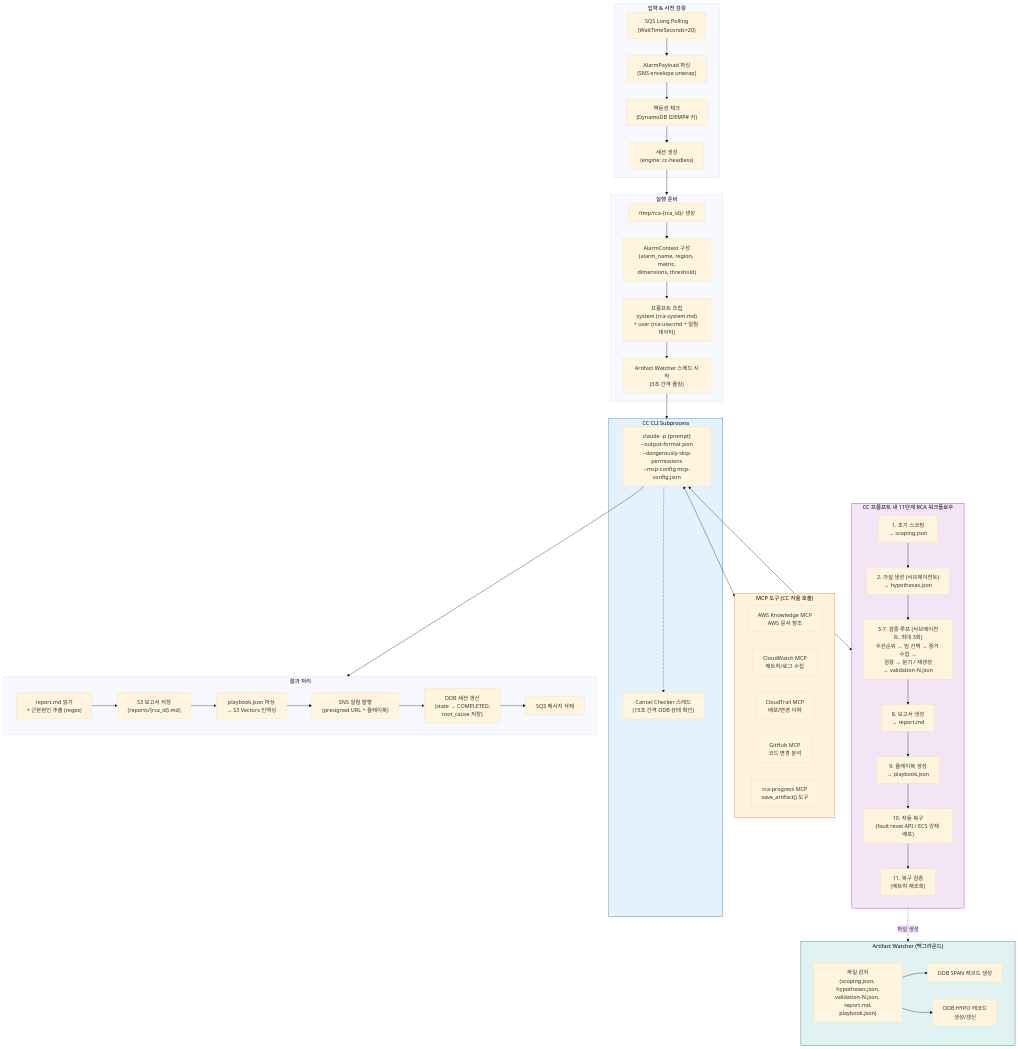
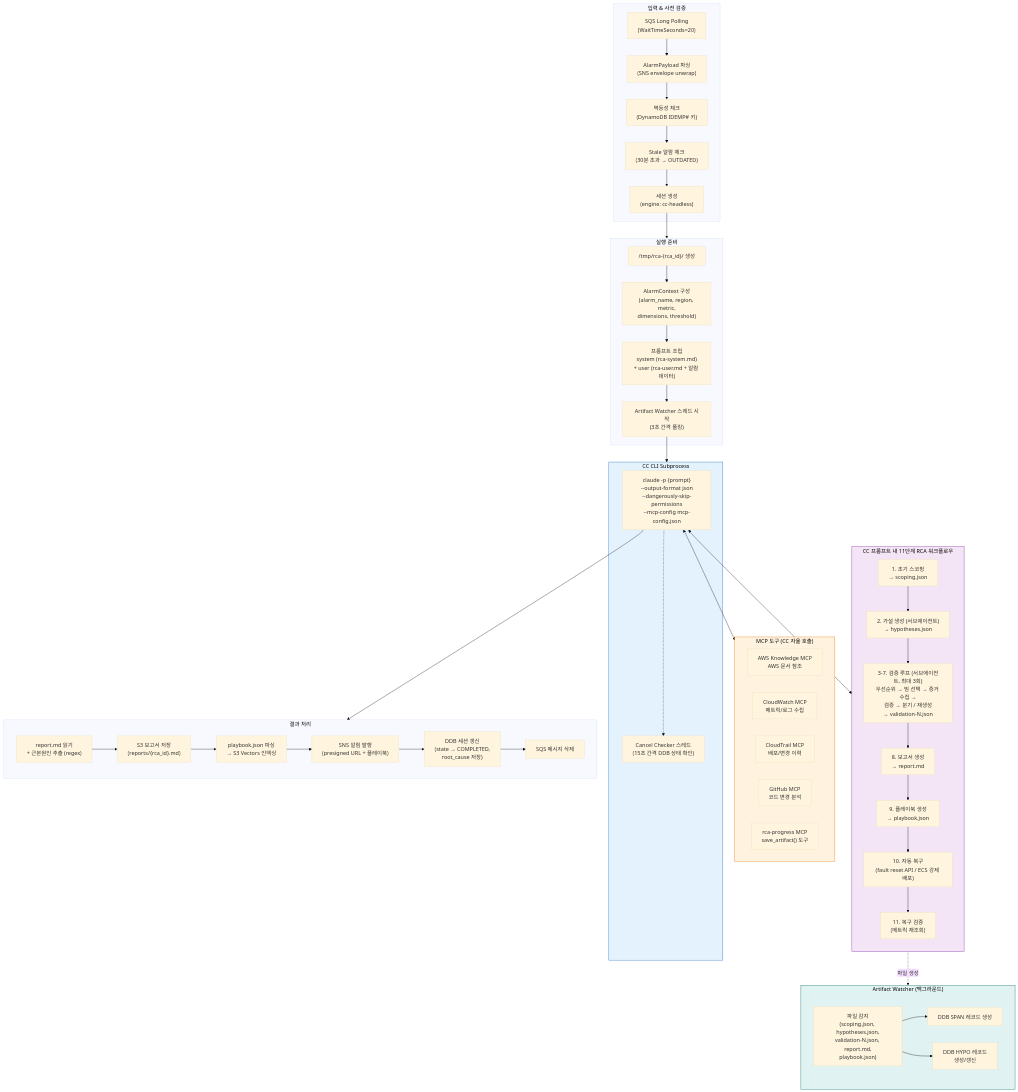
The fourth of 7 diagrams in docs/architecture-and-demo-flow.md (haandol/rca-agent), drawn with Mermaid (base theme) before and after one commit. The commit also changed other lines of this file and 3 other files, not shown here.

````diff
--- a/docs/architecture-and-demo-flow.md
+++ b/docs/architecture-and-demo-flow.md
@@ -268,74 +269,75 @@
 ```mermaid
 flowchart TD
     subgraph Input["입력 & 사전 검증"]
         SQS["SQS Long Polling<br/>(WaitTimeSeconds=20)"]
         PARSE["AlarmPayload 파싱<br/>(SNS envelope unwrap)"]
         DEDUP["멱등성 체크<br/>(DynamoDB IDEMP# 키)"]
+        STALE["Stale 알람 체크<br/>(30분 초과 → OUTDATED)"]
         SESSION["세션 생성<br/>(engine: cc-headless)"]
-        SQS --> PARSE --> DEDUP --> SESSION
+        SQS --> PARSE --> DEDUP --> STALE --> SESSION
     end
 
     subgraph Prepare["실행 준비"]
         ARTIFACT_DIR["/tmp/rca-{rca_id}/ 생성"]
         ALARM_PARSE["AlarmContext 구성<br/>(alarm_name, region, metric,<br/>dimensions, threshold)"]
         PROMPT["프롬프트 조립<br/>system (rca-system.md)<br/>+ user (rca-user.md + 알람 데이터)"]
         WATCHER["Artifact Watcher 스레드 시작<br/>(3초 간격 폴링)"]
         ARTIFACT_DIR --> ALARM_PARSE --> PROMPT --> WATCHER
     end
 
     subgraph CCExec["CC CLI Subprocess"]
         CC_CMD["claude -p {prompt}<br/>--output-format json<br/>--dangerously-skip-permissions<br/>--mcp-config mcp-config.json"]
         CC_CANCEL["Cancel Checker 스레드<br/>(15초 간격 DDB 상태 확인)"]
         CC_CMD -.-> CC_CANCEL
     end
 
     subgraph MCPTools["MCP 도구 (CC 자율 호출)"]
         AK["AWS Knowledge MCP<br/>AWS 문서 참조"]
         CW["CloudWatch MCP<br/>메트릭/로그 수집"]
         CT["CloudTrail MCP<br/>배포/변경 이력"]
         GH["GitHub MCP<br/>코드 변경 분석"]
         PROGRESS["rca-progress MCP<br/>save_artifact() 도구"]
     end
 
     subgraph RCA["CC 프롬프트 내 11단계 RCA 워크플로우"]
         direction TB
         STEP1["1. 초기 스코핑<br/>→ scoping.json"]
         STEP2["2. 가설 생성 (서브에이전트)<br/>→ hypotheses.json"]
         STEP3["3-7. 검증 루프 (서브에이전트, 최대 3회)<br/>우선순위 → 빔 선택 → 증거 수집 →<br/>검증 → 분기 / 재생성<br/>→ validation-N.json"]
         STEP4["8. 보고서 생성<br/>→ report.md"]
         STEP5["9. 플레이북 생성<br/>→ playbook.json"]
         STEP6["10. 자동 복구<br/>(fault reset API / ECS 강제 배포)"]
         STEP7["11. 복구 검증<br/>(메트릭 재조회)"]
         STEP1 --> STEP2 --> STEP3 --> STEP4 --> STEP5 --> STEP6 --> STEP7
     end
 
     subgraph WatcherDetail["Artifact Watcher (백그라운드)"]
         W_DETECT["파일 감지<br/>(scoping.json, hypotheses.json,<br/>validation-N.json, report.md,<br/>playbook.json)"]
         W_SPAN["DDB SPAN 레코드 생성"]
         W_HYPO["DDB HYPO 레코드<br/>생성/갱신"]
         W_DETECT --> W_SPAN
         W_DETECT --> W_HYPO
     end
 
     subgraph Output["결과 처리"]
         REPORT_PARSE["report.md 읽기<br/>+ 근본원인 추출 (regex)"]
         S3_REPORT["S3 보고서 저장<br/>(reports/{rca_id}.md)"]
         PB_PARSE["playbook.json 파싱<br/>→ S3 Vectors 인덱싱"]
         SNS_NOTIFY["SNS 알림 발행<br/>(presigned URL + 플레이북)"]
         DDB_COMPLETE["DDB 세션 갱신<br/>(state → COMPLETED,<br/>root_cause 저장)"]
         DEL_MSG["SQS 메시지 삭제"]
         REPORT_PARSE --> S3_REPORT --> PB_PARSE --> SNS_NOTIFY --> DDB_COMPLETE --> DEL_MSG
     end
 
     SESSION --> Prepare
     WATCHER --> CCExec
     CC_CMD <--> MCPTools
     CC_CMD <--> RCA
     RCA -.->|파일 생성| WatcherDetail
     CC_CMD --> Output
 
     style CCExec fill:#e3f2fd,stroke:#1565c0
     style RCA fill:#f3e5f5,stroke:#7b1fa2
     style MCPTools fill:#fff3e0,stroke:#ef6c00
     style WatcherDetail fill:#e0f2f1,stroke:#00695c
 ```
````
